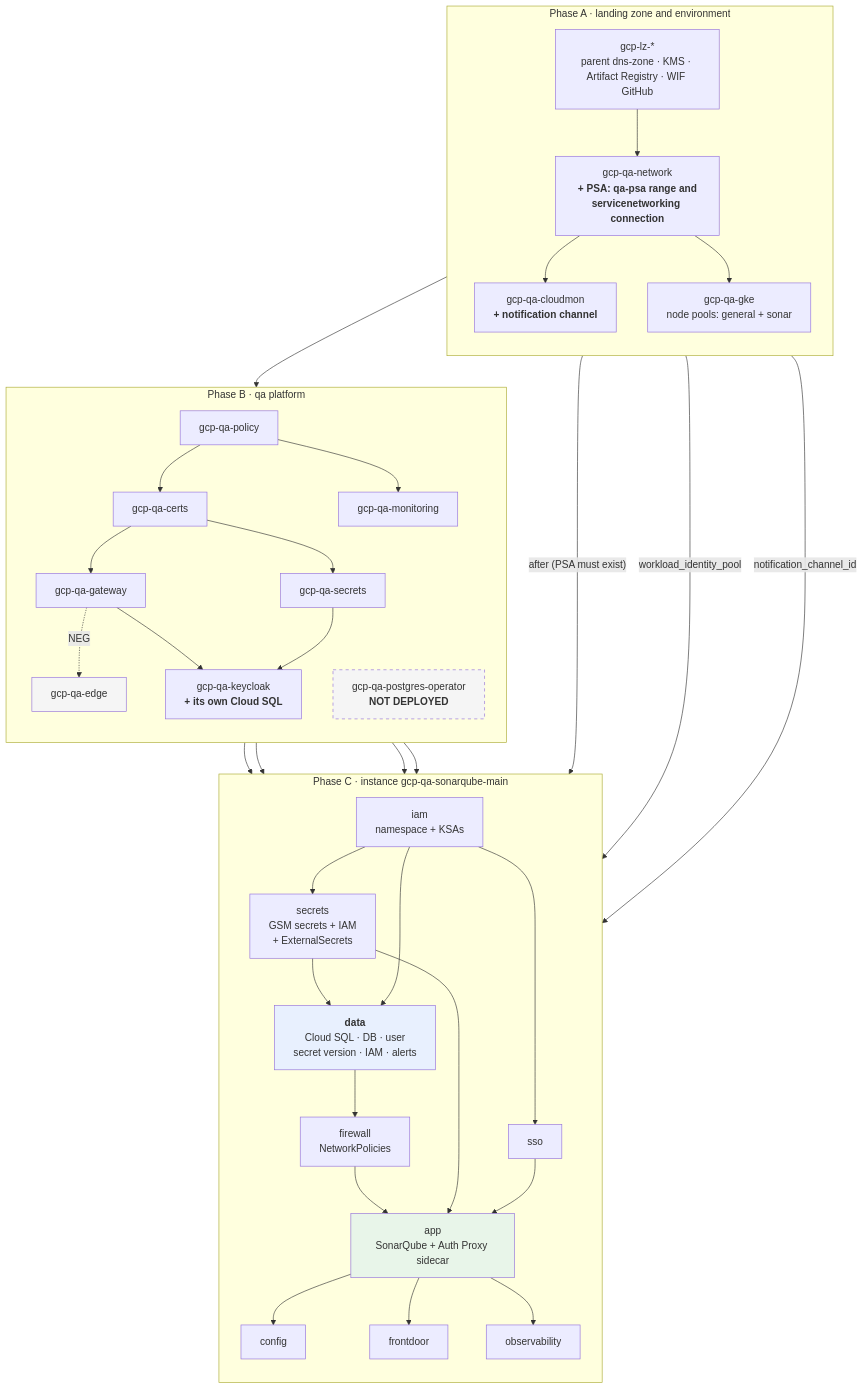
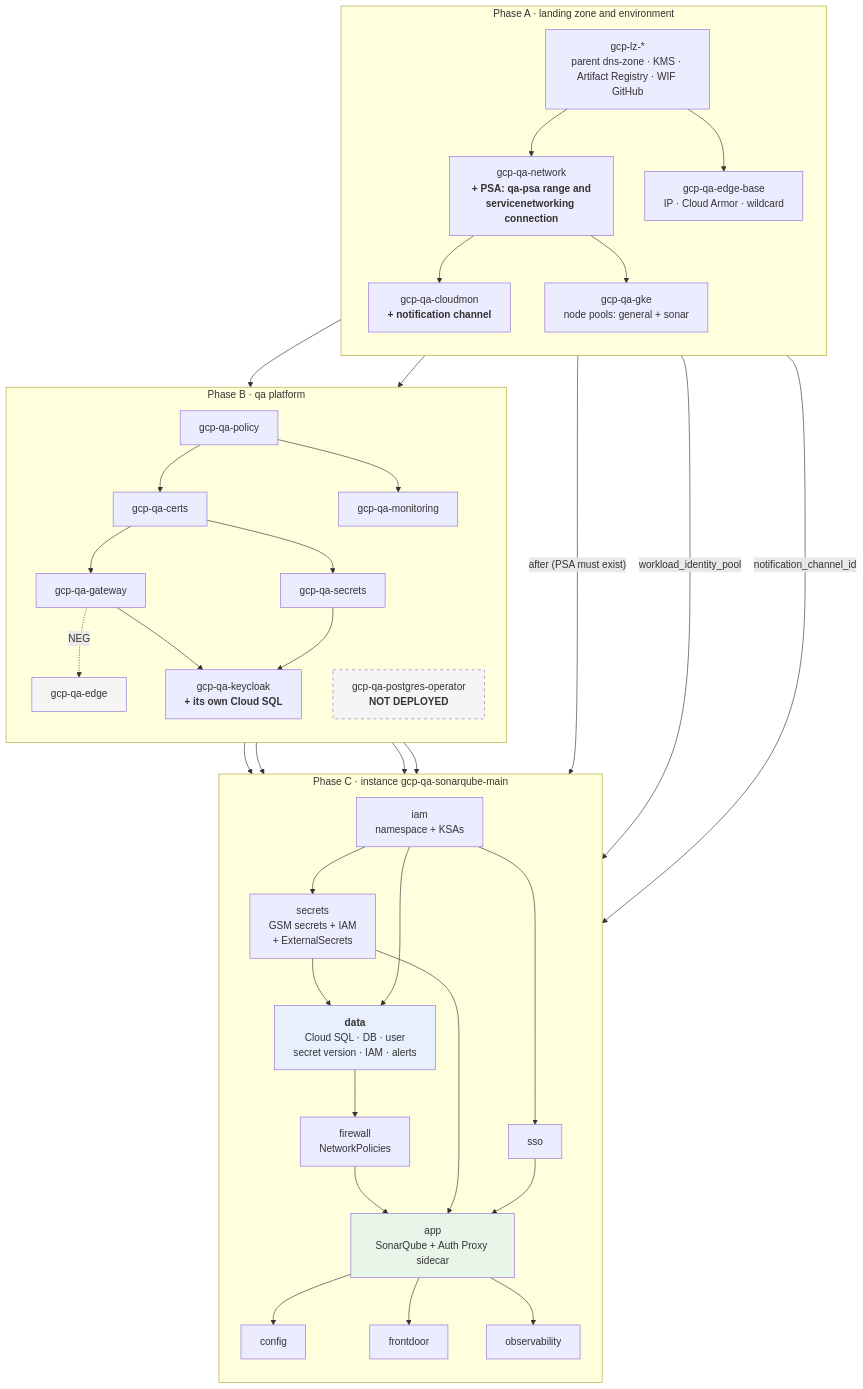
The diagram in docs/en/proposals/sonarqube-qa-cloudsql/diagrams/02-orden-despliegue.mmd (aescanero/proposal_documents), drawn with Mermaid before and after one commit. The commit also changed 53 other files, not shown here.

```diff
--- a/docs/en/proposals/sonarqube-qa-cloudsql/diagrams/02-orden-despliegue.mmd
+++ b/docs/en/proposals/sonarqube-qa-cloudsql/diagrams/02-orden-despliegue.mmd
@@ -1,48 +1,50 @@
 flowchart TD
     subgraph Z["Phase A · landing zone and environment"]
         direction TB
         LZ["gcp-lz-*<br/>parent dns-zone · KMS · Artifact Registry · WIF GitHub"] --> N["gcp-qa-network<br/><b>+ PSA: qa-psa range and<br/>servicenetworking connection</b>"]
         N --> CM["gcp-qa-cloudmon<br/><b>+ notification channel</b>"]
         N --> C["gcp-qa-gke<br/>node pools: general + sonar"]
+        LZ --> EB["gcp-qa-edge-base<br/>IP · Cloud Armor · wildcard"]
     end
 
     subgraph P["Phase B · qa platform"]
         direction TB
         C --> PO["gcp-qa-policy"]
         PO --> CE["gcp-qa-certs"]
         PO --> M["gcp-qa-monitoring"]
         CE --> S1["gcp-qa-secrets"]
         CE --> GW["gcp-qa-gateway"]
         GW -. "NEG" .-> ED["gcp-qa-edge"]
+        EB --> ED
         S1 --> KC["gcp-qa-keycloak<br/><b>+ its own Cloud SQL</b>"]
         GW --> KC
         NOPG["gcp-qa-postgres-operator<br/><b>NOT DEPLOYED</b>"]
     end
 
     subgraph I["Phase C · instance gcp-qa-sonarqube-main"]
         direction TB
         IAM["iam<br/>namespace + KSAs"] --> SEC["secrets<br/>GSM secrets + IAM<br/>+ ExternalSecrets"]
         SEC --> DATA["<b>data</b><br/>Cloud SQL · DB · user<br/>secret version · IAM · alerts"]
         IAM --> DATA
         DATA --> FW["firewall<br/>NetworkPolicies"]
         FW --> APP["app<br/>SonarQube + Auth Proxy sidecar"]
         SEC --> APP
         IAM --> SSO["sso"]
         SSO --> APP
         APP --> CFG["config"]
         APP --> FD["frontdoor"]
         APP --> OBS["observability"]
     end
 
     N -->|"after (PSA must exist)"| DATA
     C -->|"workload_identity_pool"| DATA
     CM -->|"notification_channel_id"| DATA
     S1 --> SEC
     KC --> SSO
     GW --> FD
     M --> OBS
 
     style NOPG fill:#f5f5f5,stroke-dasharray: 5 5
     style DATA fill:#e8f0fe
     style APP fill:#e8f5e9
     style ED fill:#f5f5f5
```
